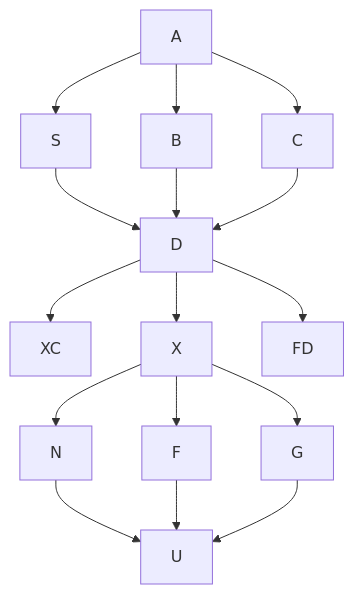
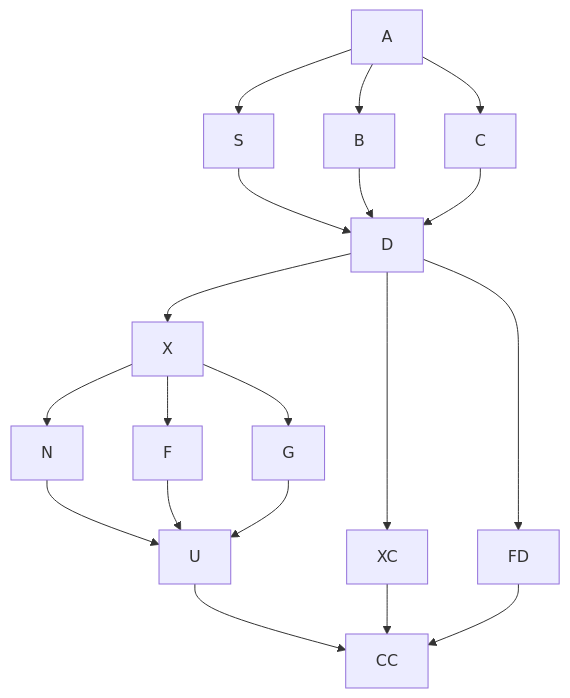
One commit to editscanx/ScanX_app changed the diagram in التطبيق/مواصفات.md. Above: the diagram before and after it, drawn with Mermaid.

````diff
--- a/التطبيق/مواصفات.md
+++ b/التطبيق/مواصفات.md
@@ -1,19 +1,22 @@
 ```mermaid
 graph TD;
     A-->B;
     A-->C;
 A-->S;
 S-->D;
     B-->D;
     C-->D;
     D-->XC;
 X-->N;
 X-->F;
 X-->G;
 N-->U;
 F-->U;
 G-->U;
 D-->X;
 D-->FD;
+U-->CC;
+XC-->CC;
+FD-->CC;
 
 ```
````
